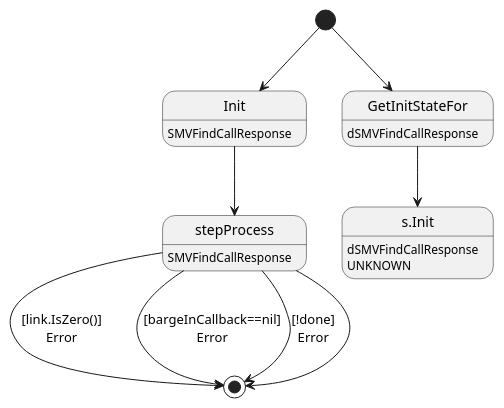
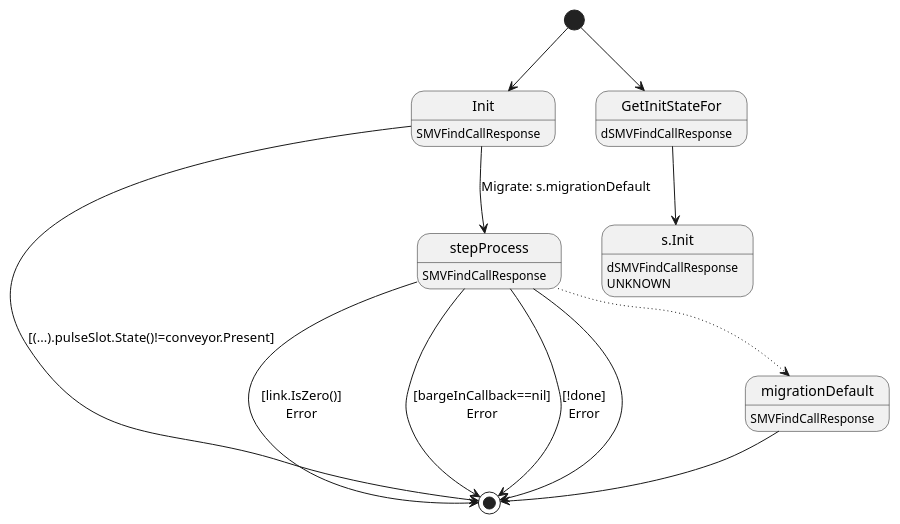
One commit to insolar/assured-ledger changed the diagram in ledger-core/virtual/handlers/vfindcallresponse.plantuml. Above: the diagram before and after it, drawn with PlantUML. The commit also changed 12 other files, not shown here.

Commit message:
Plat-536: fix process message in past pulse (#432)

```diff
--- a/ledger-core/virtual/handlers/vfindcallresponse.plantuml
+++ b/ledger-core/virtual/handlers/vfindcallresponse.plantuml
@@ -1,19 +1,24 @@
 @startuml
 state "Init" as T01_S001
 T01_S001 : SMVFindCallResponse
 [*] --> T01_S001
-T01_S001 --> T01_S002
-state "stepProcess" as T01_S002
+T01_S001 --> [*] : [(...).pulseSlot.State()!=conveyor.Present]
+T01_S001 --> T01_S003 : Migrate: s.migrationDefault
+state "migrationDefault" as T01_S002
 T01_S002 : SMVFindCallResponse
-T01_S002 --> [*] : [link.IsZero()]\nError
-T01_S002 --> [*] : [bargeInCallback==nil]\nError
-T01_S002 --> [*] : [!done]\nError
 T01_S002 --> [*]
+state "stepProcess" as T01_S003
+T01_S003 : SMVFindCallResponse
+T01_S003 --[dotted]> T01_S002
+T01_S003 --> [*] : [link.IsZero()]\nError
+T01_S003 --> [*] : [bargeInCallback==nil]\nError
+T01_S003 --> [*] : [!done]\nError
+T01_S003 --> [*]
 state "GetInitStateFor" as T00_S001
 T00_S001 : dSMVFindCallResponse
 [*] --> T00_S001
 state "s.Init" as T00_U001
 T00_U001 : dSMVFindCallResponse
 T00_U001 : UNKNOWN 
 T00_S001 --> T00_U001
 @enduml
```
